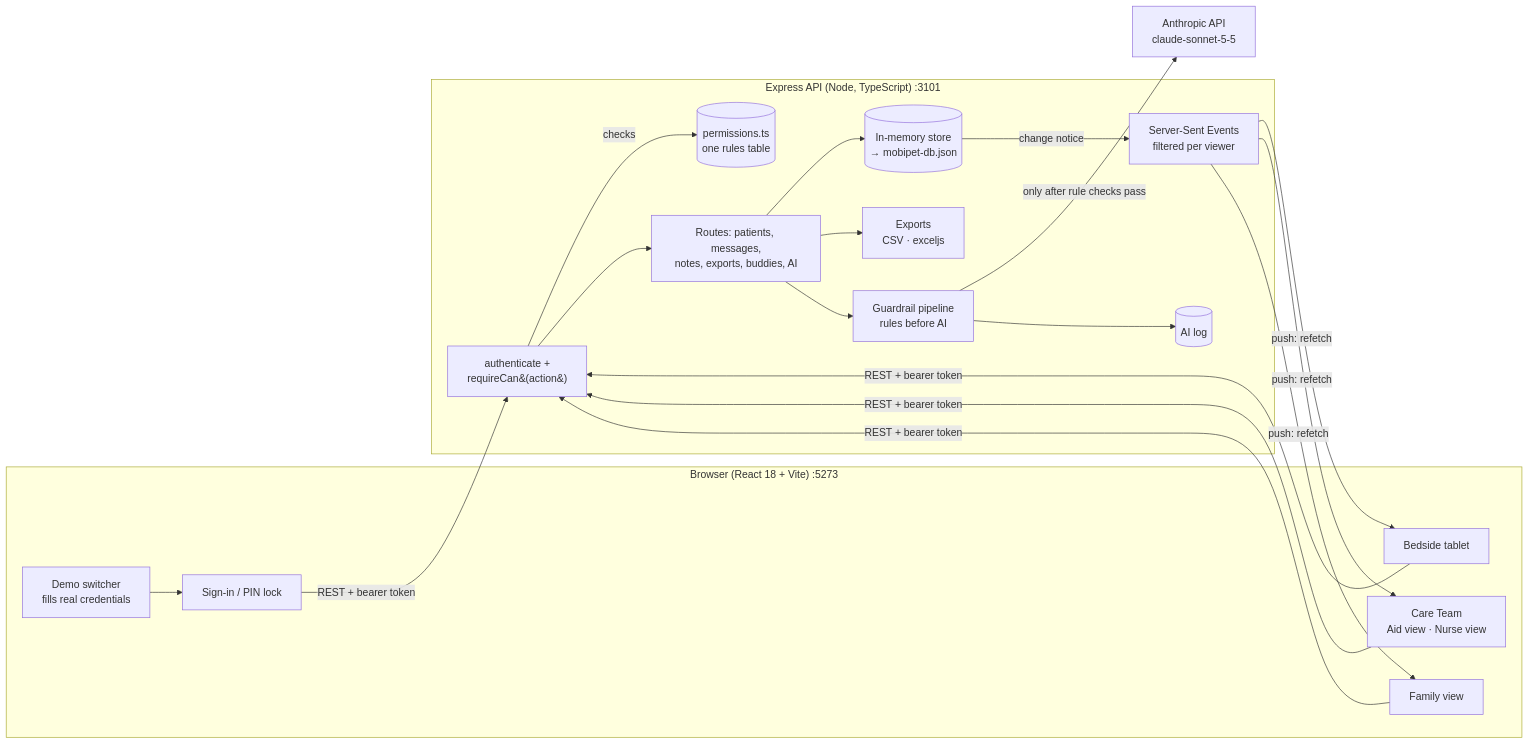
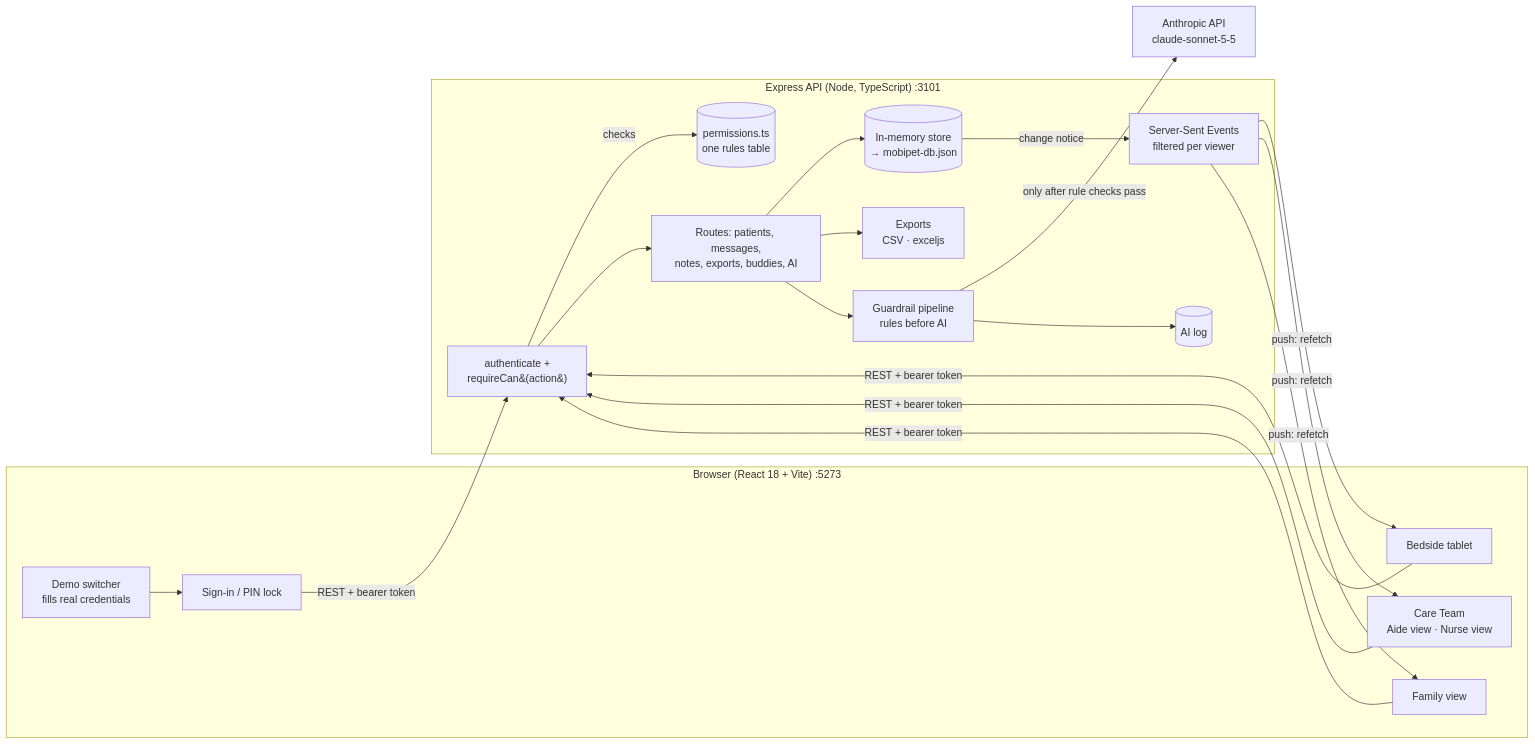
The first of 2 diagrams in README.md (tuu92392-000/MobiPet), drawn with Mermaid before and after one commit. The commit also changed other lines of this file and 27 other files, not shown here.

````diff
--- a/README.md
+++ b/README.md
@@ -171,35 +171,35 @@
 ```mermaid
 flowchart LR
   subgraph Browser["Browser (React 18 + Vite) :5273"]
     SW[Demo switcher<br/>fills real credentials]
     SI[Sign-in / PIN lock]
     P[Bedside tablet]
-    CT[Care Team<br/>Aid view · Nurse view]
+    CT[Care Team<br/>Aide view · Nurse view]
     F[Family view]
   end
 
   subgraph Server["Express API (Node, TypeScript) :3101"]
     AU[authenticate +<br/>requireCan&#40;action&#41;]
     PM[(permissions.ts<br/>one rules table)]
     R[Routes: patients, messages,<br/>notes, exports, buddies, AI]
     G[Guardrail pipeline<br/>rules before AI]
     X[Exports<br/>CSV · exceljs]
     S[(In-memory store<br/>→ mobipet-db.json)]
     E[Server-Sent Events<br/>filtered per viewer]
     L[(AI log)]
   end
 
   A[Anthropic API<br/>claude-sonnet-5-5]
 
   SW --> SI
   SI & P & CT & F -- "REST + bearer token" --> AU
   AU -- "checks" --> PM
   AU --> R
   R --> S
   R --> X
   R --> G
   G -- "only after rule checks pass" --> A
   G --> L
   S -- "change notice" --> E
   E -- "push: refetch" --> P & CT & F
 ```
````
